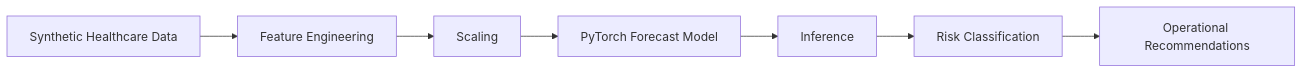
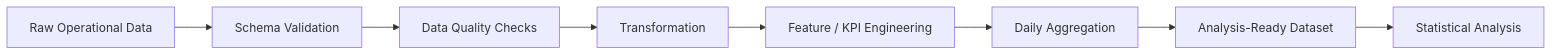
Before and after one commit to AnthonySotoData/RCO-AI: the second of 2 diagrams in README.md, drawn with Mermaid. The commit also changed other lines of this file, not shown here.

````diff
--- a/README.md
+++ b/README.md
@@ -270,11 +184,12 @@
 ```mermaid
 flowchart LR
 
-A[Synthetic Healthcare Data]
---> B[Feature Engineering]
---> C[Scaling]
---> D[PyTorch Forecast Model]
---> E[Inference]
---> F[Risk Classification]
---> G[Operational Recommendations]
+A[Raw Operational Data]
+--> B[Schema Validation]
+--> C[Data Quality Checks]
+--> D[Transformation]
+--> E[Feature / KPI Engineering]
+--> F[Daily Aggregation]
+--> G[Analysis-Ready Dataset]
+--> H[Statistical Analysis]
 ```
````
